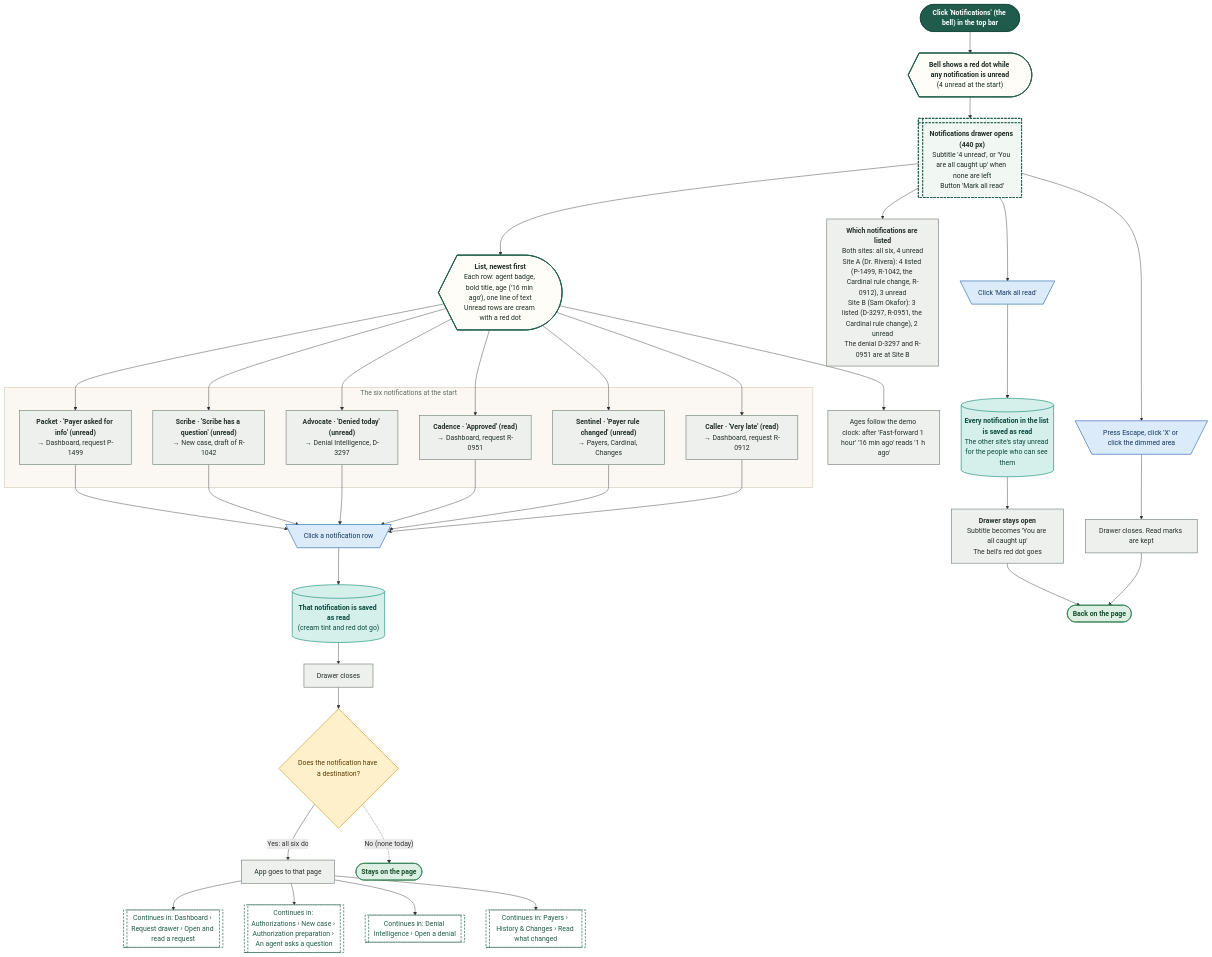
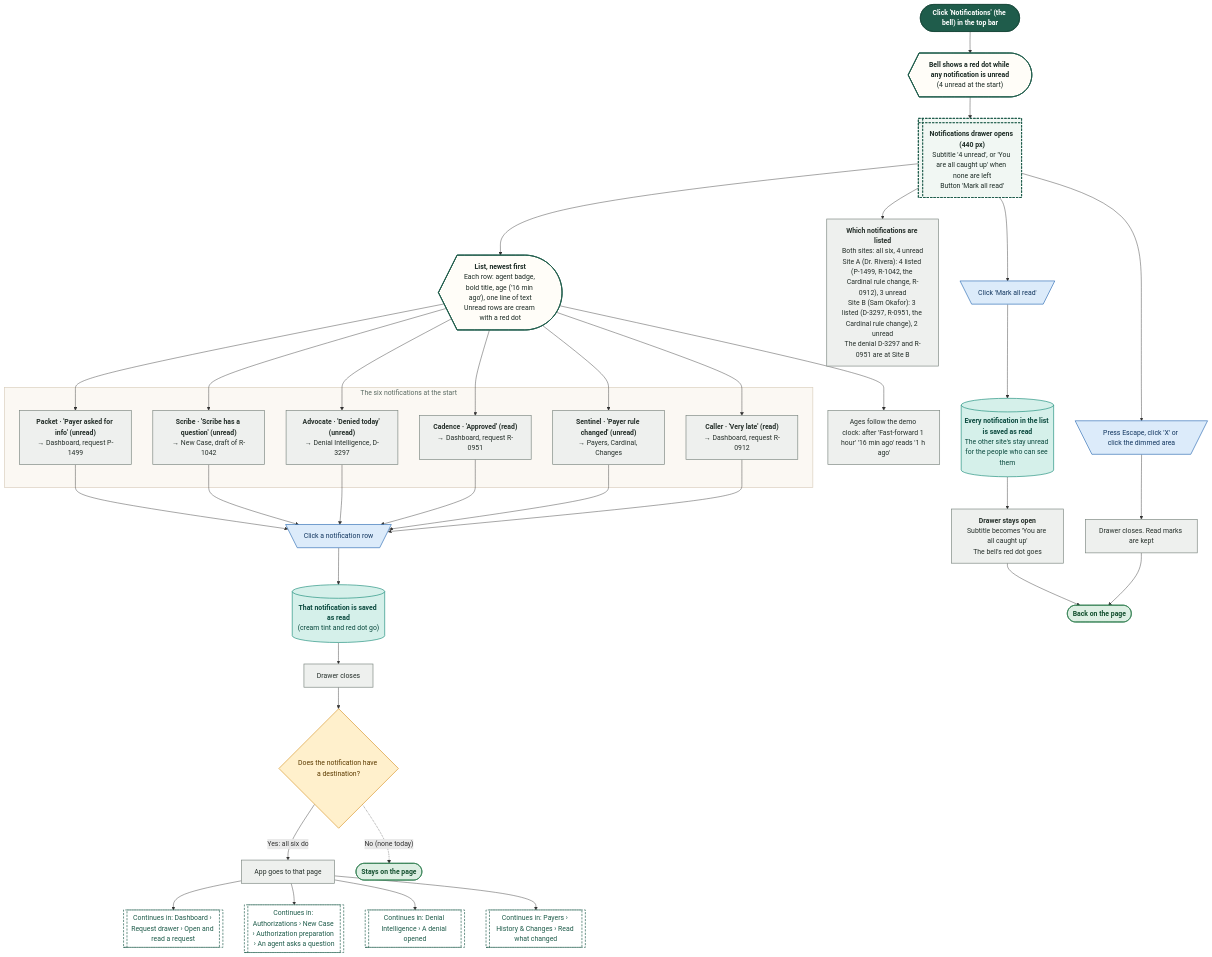
The ninth of 18 diagrams in demos/prior-auth-demo/workflows/out/md/01-global-shell.md (Shrav143/psyfloapp), drawn with Mermaid before and after one commit. The commit also changed other lines of this file and 202 other files, not shown here.

First line of the commit message:
docs: round 6 README, CONVENTIONS, spec section 17, diagram module blurbs and 336 rebuilt diagrams

````diff
--- a/demos/prior-auth-demo/workflows/out/md/01-global-shell.md
+++ b/demos/prior-auth-demo/workflows/out/md/01-global-shell.md
@@ -675,71 +675,71 @@
 ```mermaid
 %%{init: {"theme":"base","themeVariables":{"fontFamily":"'DM Sans', 'Segoe UI', system-ui, sans-serif","fontSize":"15px","lineColor":"#5B6B63","primaryTextColor":"#1C2B25","clusterBkg":"#FBF8F3","clusterBorder":"#D9CDBB","edgeLabelBackground":"#FFFFFF"},"flowchart":{"curve":"basis","nodeSpacing":36,"rankSpacing":48,"padding":12,"htmlLabels":true,"useMaxWidth":false,"wrappingWidth":230}} }%%
 flowchart TD
   classDef k_start fill:#1F5C4B,stroke:#174638,color:#FFFFFF,stroke-width:1.5px,font-weight:600
   classDef k_end fill:#DDEFE3,stroke:#2E7D4F,color:#14502F,stroke-width:1.5px,font-weight:600
   classDef k_endx fill:#FBE3E0,stroke:#C0392B,color:#7A1F16,stroke-width:1.5px,font-weight:600
   classDef k_screen fill:#FFFDF8,stroke:#1F5C4B,color:#1C2B25,stroke-width:2px
   classDef k_overlay fill:#F1F7F3,stroke:#1F5C4B,color:#1C2B25,stroke-width:2px,stroke-dasharray:5 3
   classDef k_click fill:#DCEBFA,stroke:#2F6DB5,color:#12365F,stroke-width:1.5px
   classDef k_input fill:#E4E7FF,stroke:#4C5FD5,color:#1D2670,stroke-width:1.5px
   classDef k_process fill:#EEF0EE,stroke:#7A857F,color:#26302B,stroke-width:1.5px
   classDef k_agent fill:#EEE5FA,stroke:#7A4FC2,color:#341A63,stroke-width:1.5px
   classDef k_decision fill:#FFF0CC,stroke:#D9962B,color:#5C3B00,stroke-width:1.5px
   classDef k_store fill:#D5F0EA,stroke:#1C8E7B,color:#0B4A3F,stroke-width:1.5px
   classDef k_doc fill:#F6E9DC,stroke:#B07A4C,color:#4A2E14,stroke-width:1.5px
   classDef k_ext fill:#FFE6D2,stroke:#E07B39,color:#6B2F06,stroke-width:1.5px
   classDef k_wait fill:#E4E8EE,stroke:#6B7C93,color:#26303D,stroke-width:1.5px
   classDef k_toast fill:#FFF9DB,stroke:#C9A400,color:#5A4A00,stroke-width:1.5px
   classDef k_goto fill:#FFFFFF,stroke:#1F5C4B,color:#1F5C4B,stroke-width:1.5px,stroke-dasharray:5 3
   s1@{ shape: stadium, label: "Click 'Notifications' (the bell) in the top bar" }
   bell@{ shape: curv-trap, label: "<b>Bell shows a red dot while any notification is unread</b><br/>(4 unread at the start)" }
   o1@{ shape: win-pane, label: "<b>Notifications drawer opens (440 px)</b><br/>Subtitle '4 unread', or 'You are all caught up' when none are left<br/>Button 'Mark all read'" }
   l1@{ shape: curv-trap, label: "<b>List, newest first</b><br/>Each row: agent badge, bold title, age ('16 min ago'), one line of text<br/>Unread rows are cream with a red dot" }
   ps@{ shape: rect, label: "<b>Which notifications are listed</b><br/>Both sites: all six, 4 unread<br/>Site A (Dr. Rivera): 4 listed (P-1499, R-1042, the Cardinal rule change, R-0912), 3 unread<br/>Site B (Sam Okafor): 3 listed (D-3297, R-0951, the Cardinal rule change), 2 unread<br/>The denial D-3297 and R-0951 are at Site B" }
   p0@{ shape: rect, label: "Ages follow the demo clock: after 'Fast-forward 1 hour' '16 min ago' reads '1 h ago'" }
   subgraph gRows ["The six notifications at the start"]
   n1@{ shape: rect, label: "<b>Packet · 'Payer asked for info' (unread)</b><br/>→ Dashboard, request P-1499" }
-  n2@{ shape: rect, label: "<b>Scribe · 'Scribe has a question' (unread)</b><br/>→ New case, draft of R-1042" }
+  n2@{ shape: rect, label: "<b>Scribe · 'Scribe has a question' (unread)</b><br/>→ New Case, draft of R-1042" }
   n3@{ shape: rect, label: "<b>Advocate · 'Denied today' (unread)</b><br/>→ Denial Intelligence, D-3297" }
   n4@{ shape: rect, label: "<b>Cadence · 'Approved' (read)</b><br/>→ Dashboard, request R-0951" }
   n5@{ shape: rect, label: "<b>Sentinel · 'Payer rule changed' (unread)</b><br/>→ Payers, Cardinal, Changes" }
   n6@{ shape: rect, label: "<b>Caller · 'Very late' (read)</b><br/>→ Dashboard, request R-0912" }
   end
   c1@{ shape: trap-t, label: "Click a notification row" }
   st1@{ shape: cyl, label: "<b>That notification is saved as read</b><br/>(cream tint and red dot go)" }
   p1@{ shape: rect, label: "Drawer closes" }
   d1@{ shape: diam, label: "Does the notification have a destination?" }
   p2@{ shape: rect, label: "App goes to that page" }
   g1@{ shape: subproc, label: "Continues in: Dashboard › Request drawer › Open and read a request" }
-  g2@{ shape: subproc, label: "Continues in: Authorizations › New case › Authorization preparation › An agent asks a question" }
-  g3@{ shape: subproc, label: "Continues in: Denial Intelligence › Open a denial" }
+  g2@{ shape: subproc, label: "Continues in: Authorizations › New Case › Authorization preparation › An agent asks a question" }
+  g3@{ shape: subproc, label: "Continues in: Denial Intelligence › A denial opened" }
   g4@{ shape: subproc, label: "Continues in: Payers › History & Changes › Read what changed" }
   e0@{ shape: stadium, label: "Stays on the page" }
   c2@{ shape: trap-t, label: "Click 'Mark all read'" }
   st2@{ shape: cyl, label: "<b>Every notification in the list is saved as read</b><br/>The other site's stay unread for the people who can see them" }
   p3@{ shape: rect, label: "<b>Drawer stays open</b><br/>Subtitle becomes 'You are all caught up'<br/>The bell's red dot goes" }
   c3@{ shape: trap-t, label: "Press Escape, click 'X' or click the dimmed area" }
   p4@{ shape: rect, label: "Drawer closes. Read marks are kept" }
   e1@{ shape: stadium, label: "Back on the page" }
   s1 --> bell --> o1 --> l1
   l1 --> p0
   o1 --> ps
   l1 --> n1 & n2 & n3 & n4 & n5 & n6
   n1 & n2 & n3 & n4 & n5 & n6 --> c1
   c1 --> st1 --> p1 --> d1
   d1 -->|"Yes: all six do"| p2
   d1 -.->|"No (none today)"| e0
   p2 --> g1 & g2 & g3 & g4
   o1 --> c2 --> st2 --> p3 --> e1
   o1 --> c3 --> p4 --> e1
   class s1 k_start
   class bell,l1 k_screen
   class o1 k_overlay
   class ps,p0,n1,n2,n3,n4,n5,n6,p1,p2,p3,p4 k_process
   class c1,c2,c3 k_click
   class st1,st2 k_store
   class d1 k_decision
   class g1,g2,g3,g4 k_goto
   class e0,e1 k_end
   style gRows fill:#FBF8F3,stroke:#D9CDBB,stroke-width:1.5px,color:#5B6B63
 ```
````
